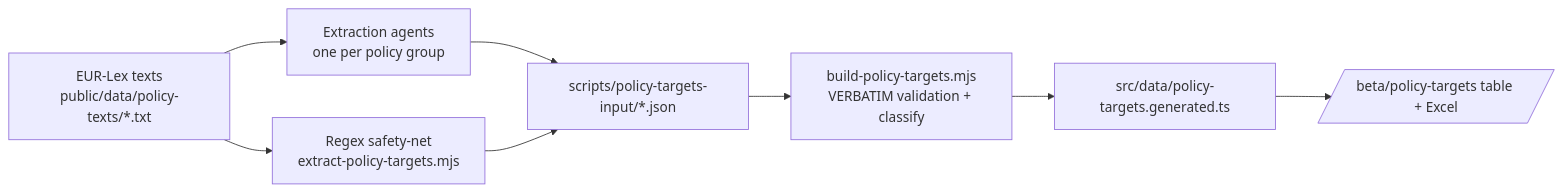
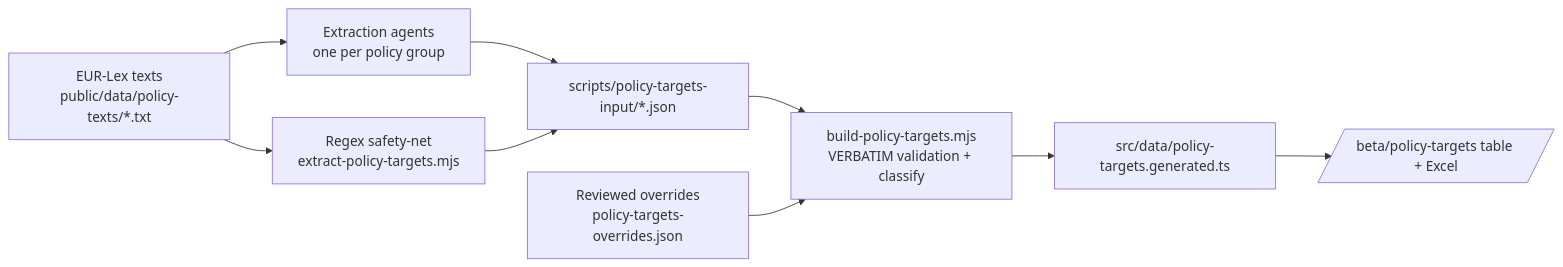
Before and after one commit to EUClimateAdvisoryBoard/ESABCCMethodHub: the diagram in docs/modules/policy-targets.md, drawn with Mermaid. The commit also changed other lines of this file and 6 other files, not shown here.

````diff
--- a/docs/modules/policy-targets.md
+++ b/docs/modules/policy-targets.md
@@ -40,10 +40,11 @@
 ```mermaid
 flowchart LR
     A[EUR-Lex texts<br/>public/data/policy-texts/*.txt] --> B[Extraction agents<br/>one per policy group]
     A --> C[Regex safety-net<br/>extract-policy-targets.mjs]
     B --> D[scripts/policy-targets-input/*.json]
     C --> D
     D --> E[build-policy-targets.mjs<br/>VERBATIM validation + classify]
+    O[Reviewed overrides<br/>policy-targets-overrides.json] --> E
     E --> F[src/data/policy-targets.generated.ts]
     F --> G[/beta/policy-targets table + Excel/]
 ```
````
